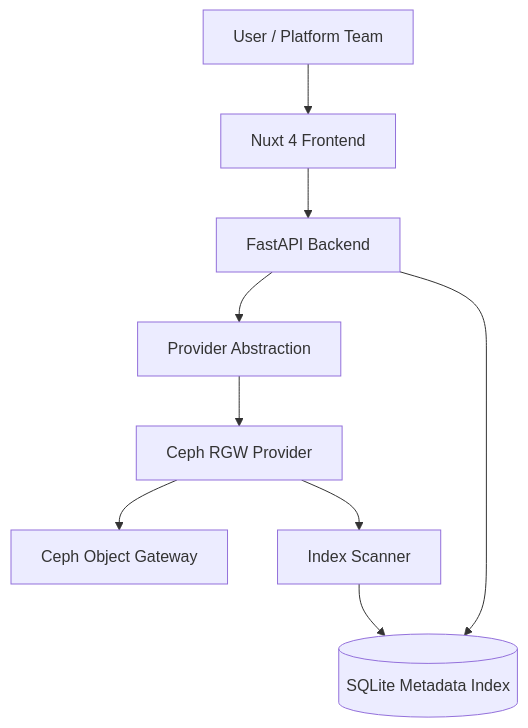
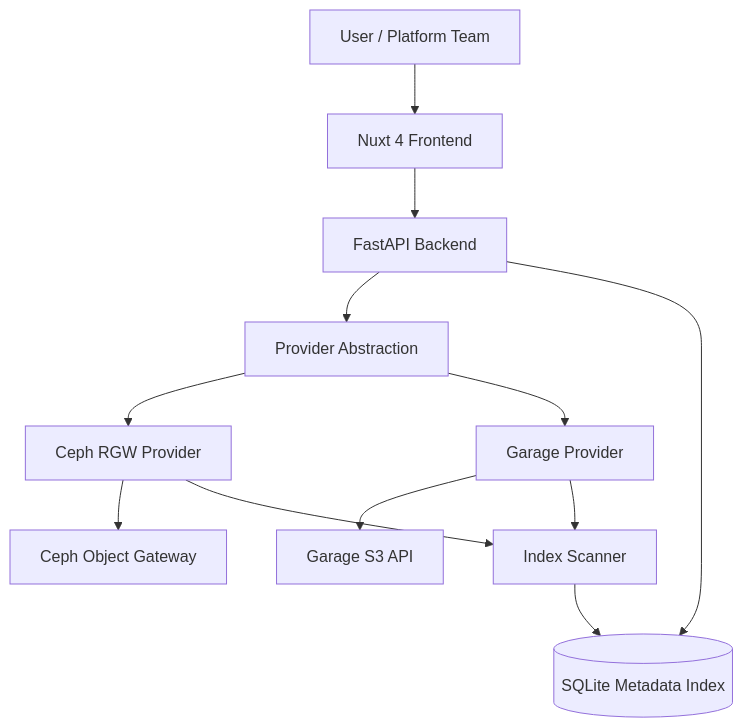
Before and after one commit to kubehive-io/objectlens: the diagram in docs/index.md, drawn with Mermaid. The commit also changed other lines of this file and 42 other files, not shown here.

````diff
--- a/docs/index.md
+++ b/docs/index.md
@@ -11,11 +11,14 @@
 ```mermaid
 flowchart TD
   User[User / Platform Team] --> UI[Nuxt 4 Frontend]
   UI --> API[FastAPI Backend]
   API --> Provider[Provider Abstraction]
   Provider --> Ceph[Ceph RGW Provider]
+  Provider --> Garage[Garage Provider]
   Ceph --> RGW[Ceph Object Gateway]
+  Garage --> GarageS3[Garage S3 API]
   API --> DB[(SQLite Metadata Index)]
   Ceph --> Scanner[Index Scanner]
+  Garage --> Scanner
   Scanner --> DB
 ```
````
